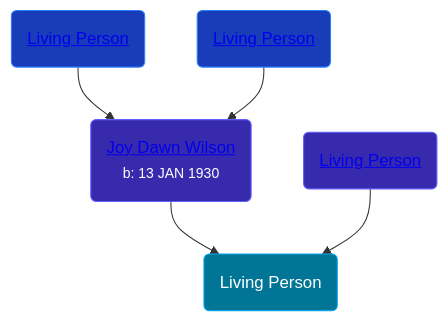
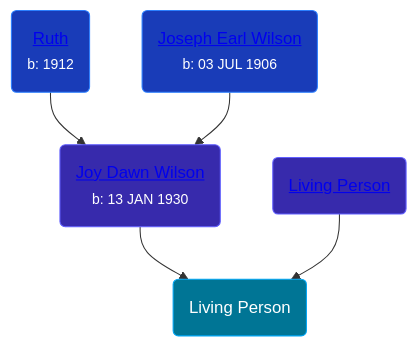
The diagram in pages/people/2/29348168.md (wpmgotkh/wpmgotkh.github.io), drawn with Mermaid before and after one commit. The commit also changed 586 other files, not shown here.

Commit message:
feat: better shouldConsiderPersonLiving algo

````diff
--- a/pages/people/2/29348168.md
+++ b/pages/people/2/29348168.md
@@ -10,11 +10,11 @@
 ```mermaid
 graph
 classDef grands fill:#193cb8,stroke:#2b7fff,stroke-width:1px,color:#fff;
 classDef parents fill:#372aac,stroke:#615fff,stroke-width:1px,color:#fff;
 classDef primary fill:#007595,stroke:#00a6f4,stroke-width:1px,color:#fff;
 29348168(Living Person):::primary
 29575132(<a class="text-white" href="/people/2/29575132">Joy Dawn Wilson</a><br /><small>b: 13 JAN 1930</small>):::parents-->29348168
-72945090(<a class="text-white" href="/people/7/72945090">Living Person</a>):::grands-->29575132
-35616804(<a class="text-white" href="/people/3/35616804">Living Person</a>):::grands-->29575132
+72945090(<a class="text-white" href="/people/7/72945090">Ruth </a><br /><small>b: 1912</small>):::grands-->29575132
+35616804(<a class="text-white" href="/people/3/35616804">Joseph Earl Wilson</a><br /><small>b: 03 JUL 1906</small>):::grands-->29575132
 16093179(<a class="text-white" href="/people/1/16093179">Living Person</a>):::parents-->29348168
 ```
````
